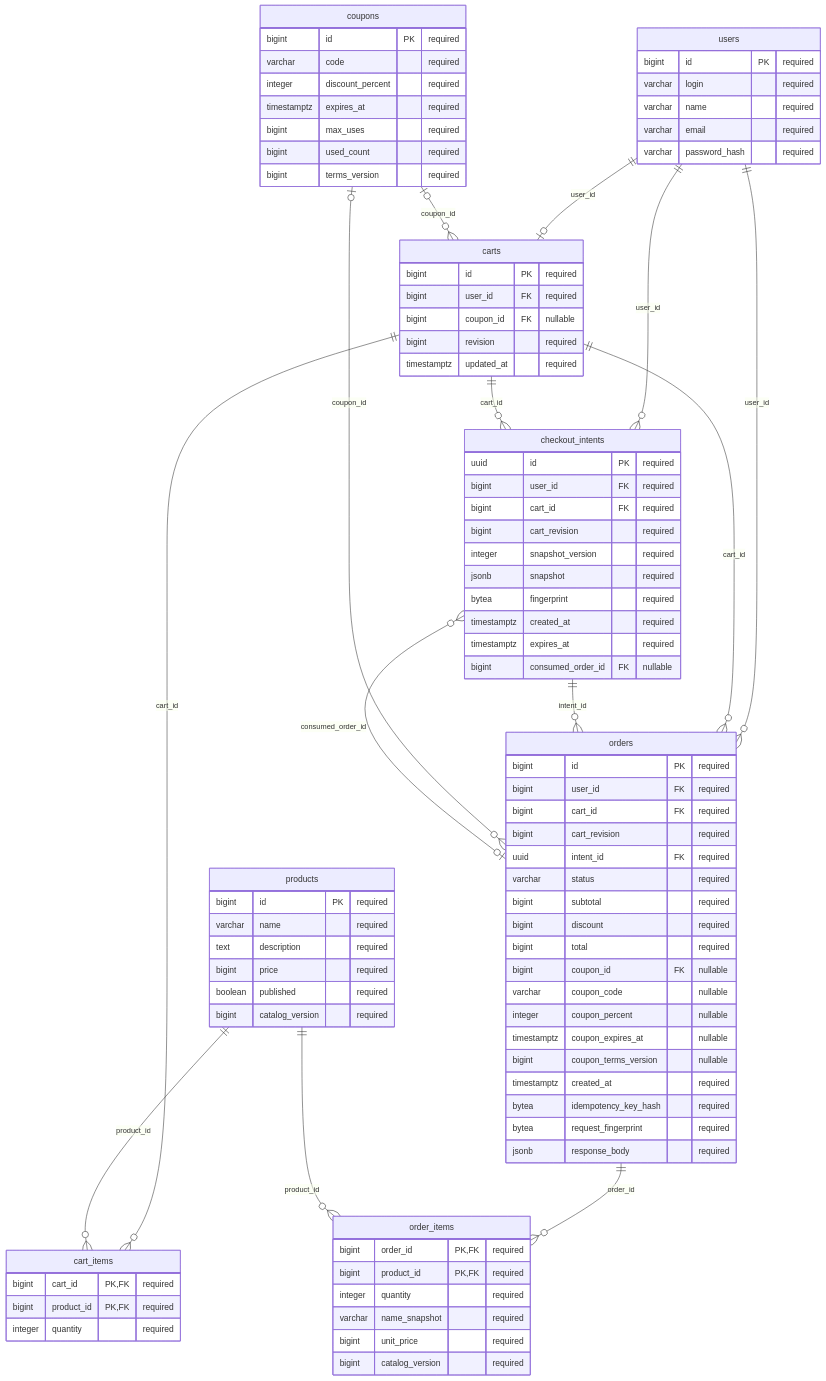
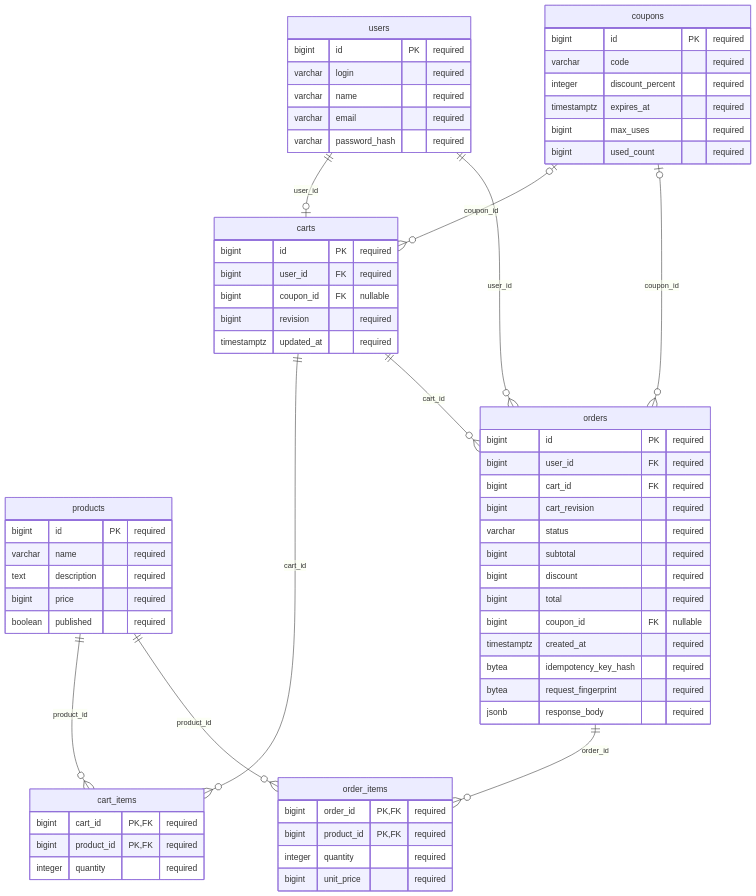
The diagram in docs/data/shop.mmd (Valentin92257/api-security-lab), drawn with Mermaid before and after one commit. The commit also changed 16 other files, not shown here.

```diff
--- a/docs/data/shop.mmd
+++ b/docs/data/shop.mmd
@@ -1,91 +1,66 @@
 erDiagram
     %% Generated. Logical event references are documented separately.
     users {
         bigint id PK "required"
         varchar login "required"
         varchar name "required"
         varchar email "required"
         varchar password_hash "required"
     }
     products {
         bigint id PK "required"
         varchar name "required"
         text description "required"
         bigint price "required"
         boolean published "required"
-        bigint catalog_version "required"
     }
     coupons {
         bigint id PK "required"
         varchar code "required"
         integer discount_percent "required"
         timestamptz expires_at "required"
         bigint max_uses "required"
         bigint used_count "required"
-        bigint terms_version "required"
     }
     carts {
         bigint id PK "required"
         bigint user_id FK "required"
         bigint coupon_id FK "nullable"
         bigint revision "required"
         timestamptz updated_at "required"
     }
     cart_items {
         bigint cart_id PK,FK "required"
         bigint product_id PK,FK "required"
         integer quantity "required"
     }
-    checkout_intents {
-        uuid id PK "required"
-        bigint user_id FK "required"
-        bigint cart_id FK "required"
-        bigint cart_revision "required"
-        integer snapshot_version "required"
-        jsonb snapshot "required"
-        bytea fingerprint "required"
-        timestamptz created_at "required"
-        timestamptz expires_at "required"
-        bigint consumed_order_id FK "nullable"
-    }
     orders {
         bigint id PK "required"
         bigint user_id FK "required"
         bigint cart_id FK "required"
         bigint cart_revision "required"
-        uuid intent_id FK "required"
         varchar status "required"
         bigint subtotal "required"
         bigint discount "required"
         bigint total "required"
         bigint coupon_id FK "nullable"
-        varchar coupon_code "nullable"
-        integer coupon_percent "nullable"
-        timestamptz coupon_expires_at "nullable"
-        bigint coupon_terms_version "nullable"
         timestamptz created_at "required"
         bytea idempotency_key_hash "required"
         bytea request_fingerprint "required"
         jsonb response_body "required"
     }
     order_items {
         bigint order_id PK,FK "required"
         bigint product_id PK,FK "required"
         integer quantity "required"
-        varchar name_snapshot "required"
         bigint unit_price "required"
-        bigint catalog_version "required"
     }
     users ||--o| carts : "user_id"
     coupons |o--o{ carts : "coupon_id"
     carts ||--o{ cart_items : "cart_id"
     products ||--o{ cart_items : "product_id"
-    users ||--o{ checkout_intents : "user_id"
-    carts ||--o{ checkout_intents : "cart_id"
-    orders |o--o{ checkout_intents : "consumed_order_id"
     users ||--o{ orders : "user_id"
     carts ||--o{ orders : "cart_id"
-    checkout_intents ||--o{ orders : "intent_id"
     coupons |o--o{ orders : "coupon_id"
     orders ||--o{ order_items : "order_id"
     products ||--o{ order_items : "product_id"
```
